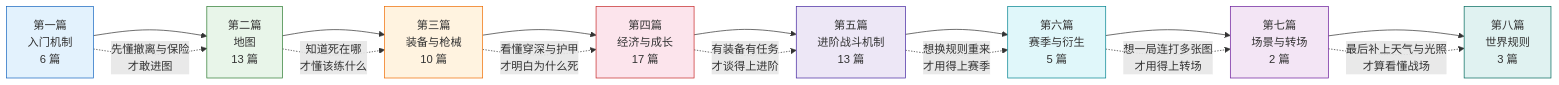
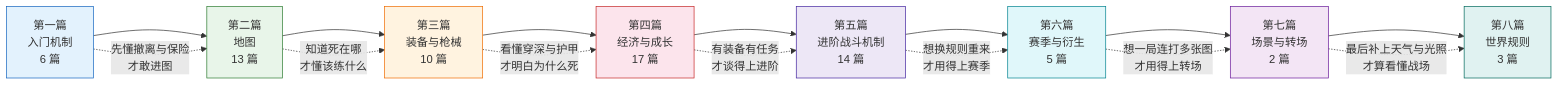
The diagram in content/README.md (GTX950L/tarkov-encyclopedia), drawn with Mermaid before and after one commit. The commit also changed other lines of this file and 80 other files, not shown here.

````diff
--- a/content/README.md
+++ b/content/README.md
@@ -16,27 +16,27 @@
 ```mermaid
 flowchart LR
     A[第一篇<br/>入门机制<br/>6 篇] --> B[第二篇<br/>地图<br/>13 篇]
     B --> C[第三篇<br/>装备与枪械<br/>10 篇]
     C --> D[第四篇<br/>经济与成长<br/>17 篇]
-    D --> E[第五篇<br/>进阶战斗机制<br/>13 篇]
+    D --> E[第五篇<br/>进阶战斗机制<br/>14 篇]
     E --> F[第六篇<br/>赛季与衍生<br/>5 篇]
     F --> G[第七篇<br/>场景与转场<br/>2 篇]
     G --> H[第八篇<br/>世界规则<br/>3 篇]
 
     A -. 先懂撤离与保险<br/>才敢进图 .-> B
     B -. 知道死在哪<br/>才懂该练什么 .-> C
     C -. 看懂穿深与护甲<br/>才明白为什么死 .-> D
     D -. 有装备有任务<br/>才谈得上进阶 .-> E
     E -. 想换规则重来<br/>才用得上赛季 .-> F
     F -. 想一局连打多张图<br/>才用得上转场 .-> G
     G -. 最后补上天气与光照<br/>才算看懂战场 .-> H
 
     style A fill:#e3f2fd,stroke:#1565c0
     style B fill:#e8f5e9,stroke:#2e7d32
     style C fill:#fff3e0,stroke:#ef6c00
     style D fill:#fce4ec,stroke:#c62828
     style E fill:#ede7f6,stroke:#4527a0
     style F fill:#e0f7fa,stroke:#00838f
     style G fill:#f3e5f5,stroke:#6a1b9a
     style H fill:#e0f2f1,stroke:#00695c
 ```
````
